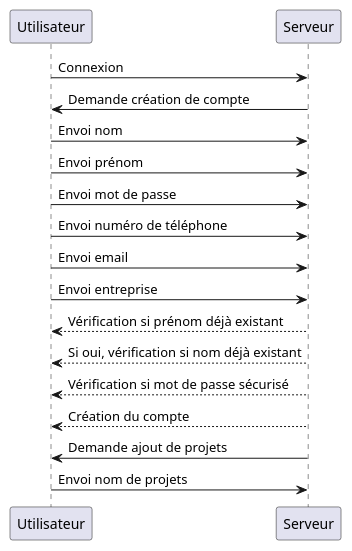
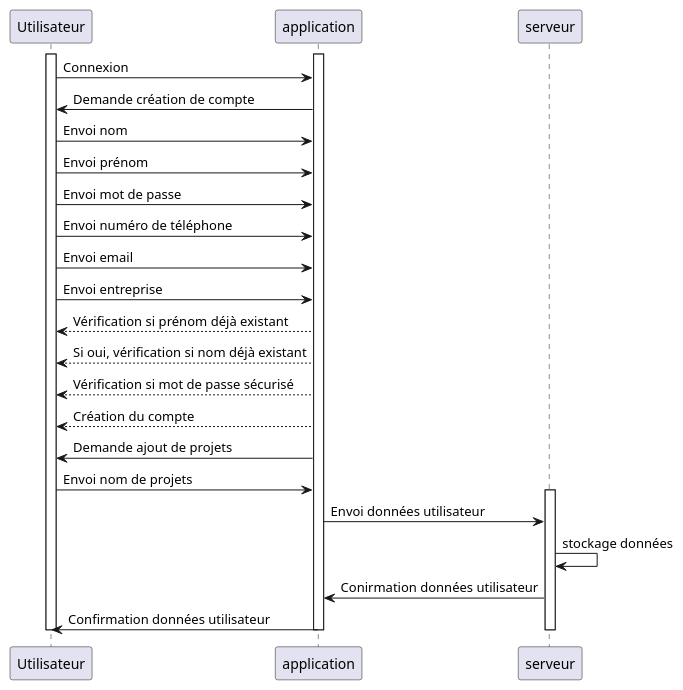
Before and after one commit to IUT-Blagnac/ptut-s2-g6-s2-ptut: the diagram in Diagrammes/CreerClient/CreerClient.plantuml, drawn with PlantUML.

Commit message:
update ajout serveur

```diff
--- a/Diagrammes/CreerClient/CreerClient.plantuml
+++ b/Diagrammes/CreerClient/CreerClient.plantuml
@@ -1,26 +1,39 @@
 @startuml
 
 hide circle
 hide empty members
 hide empty methods
 
 
 participant Utilisateur
-participant Serveur
+participant application as Serveur
+participant serveur as s
+
+activate Utilisateur
+activate Serveur
 
 Utilisateur -> Serveur : Connexion
 Utilisateur <- Serveur : Demande création de compte
 Utilisateur -> Serveur : Envoi nom
 Utilisateur -> Serveur : Envoi prénom
 Utilisateur -> Serveur : Envoi mot de passe
 Utilisateur -> Serveur : Envoi numéro de téléphone
 Utilisateur -> Serveur : Envoi email
 Utilisateur -> Serveur : Envoi entreprise
 Utilisateur <-- Serveur : Vérification si prénom déjà existant
 Utilisateur <-- Serveur : Si oui, vérification si nom déjà existant
 Utilisateur <-- Serveur : Vérification si mot de passe sécurisé
 Utilisateur <-- Serveur : Création du compte
 Utilisateur <- Serveur : Demande ajout de projets
 Utilisateur -> Serveur : Envoi nom de projets
+activate s
+
+Serveur -> s : Envoi données utilisateur
+s -> s : stockage données
+s -> Serveur : Conirmation données utilisateur
+Serveur -> Utilisateur : Confirmation données utilisateur
+deactivate Utilisateur
+deactivate Serveur
+deactivate s
 
 @enduml
```
